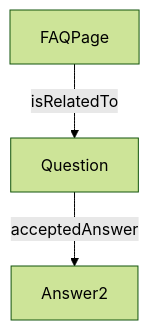
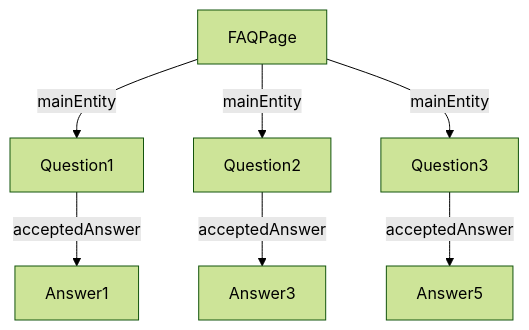
The diagram in docs/concepts/faq.md (tsolenthaler/docs.contentdesk.io), drawn with Mermaid (forest theme) before and after one commit.

Commit message:
Refactor FAQ section to improve entity relationships in the diagram

````diff
--- a/docs/concepts/faq.md
+++ b/docs/concepts/faq.md
@@ -18,5 +18,9 @@
 ``` mermaid
 graph TD
-    FAQPage -->|isRelatedTo| Question
-    Question --> |acceptedAnswer| Answer2
+    FAQPage -->|mainEntity| Question1
+    FAQPage -->|mainEntity| Question2
+    FAQPage -->|mainEntity| Question3
+    Question1 --> |acceptedAnswer| Answer1
+    Question2 --> |acceptedAnswer| Answer3
+    Question3 --> |acceptedAnswer| Answer5
 ```
````
